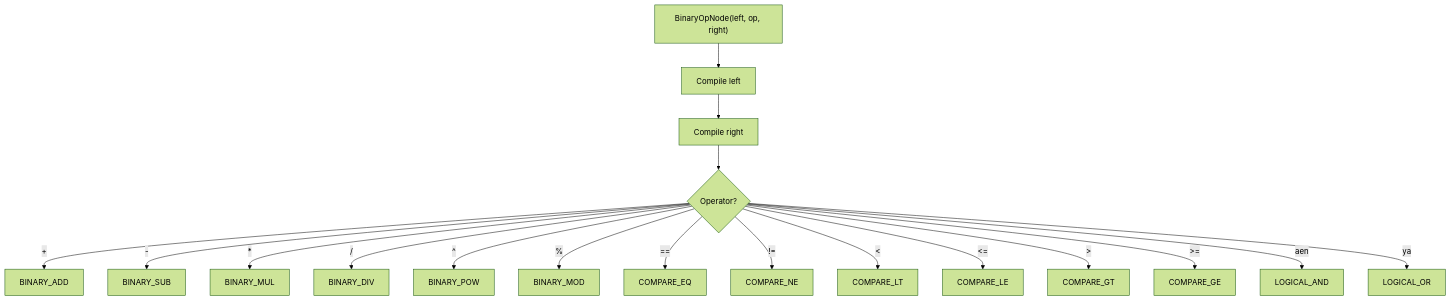
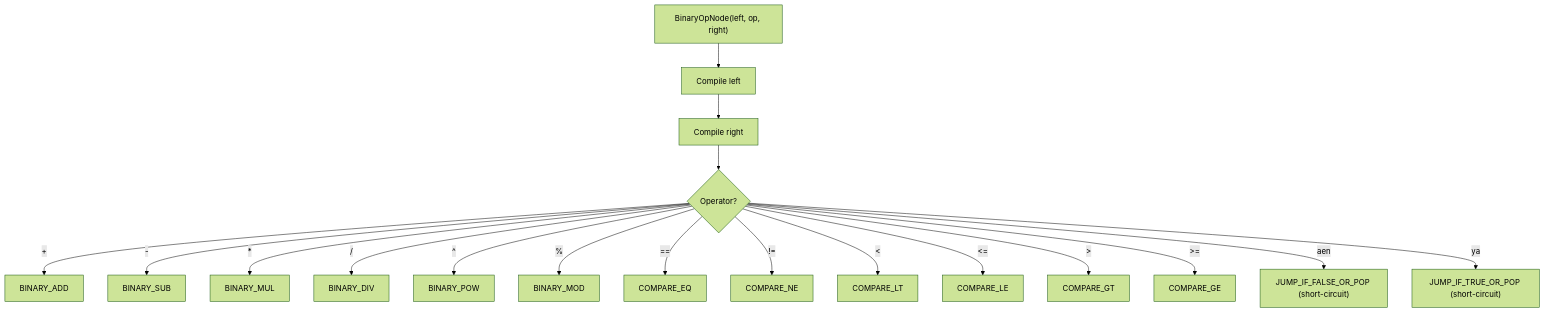
The fourth of 14 diagrams in developer-docs/BACKEND.md (AmanatAliPanhwer/Sindlish), drawn with Mermaid (forest theme) before and after one commit. The commit also changed other lines of this file and 6 other files, not shown here.

````diff
--- a/developer-docs/BACKEND.md
+++ b/developer-docs/BACKEND.md
@@ -199,20 +196,20 @@
 ```mermaid
 flowchart TD
     A["BinaryOpNode(left, op, right)"] --> B["Compile left"]
     B --> C["Compile right"]
     C --> D{"Operator?"}
     D -->|"+"| E["BINARY_ADD"]
     D -->|"-"| F["BINARY_SUB"]
     D -->|"*"| G["BINARY_MUL"]
     D -->|"/"| H["BINARY_DIV"]
     D -->|"^"| I["BINARY_POW"]
     D -->|"%"| J["BINARY_MOD"]
     D -->|"=="| K["COMPARE_EQ"]
     D -->|"!="| L["COMPARE_NE"]
     D -->|"<"| M["COMPARE_LT"]
     D -->|"<="| N["COMPARE_LE"]
     D -->|">"| O["COMPARE_GT"]
     D -->|">="| P["COMPARE_GE"]
-    D -->|"aen"| Q["LOGICAL_AND"]
-    D -->|"ya"| R["LOGICAL_OR"]
+    D -->|"aen"| Q["JUMP_IF_FALSE_OR_POP (short-circuit)"]
+    D -->|"ya"| R["JUMP_IF_TRUE_OR_POP (short-circuit)"]
 ```
````
